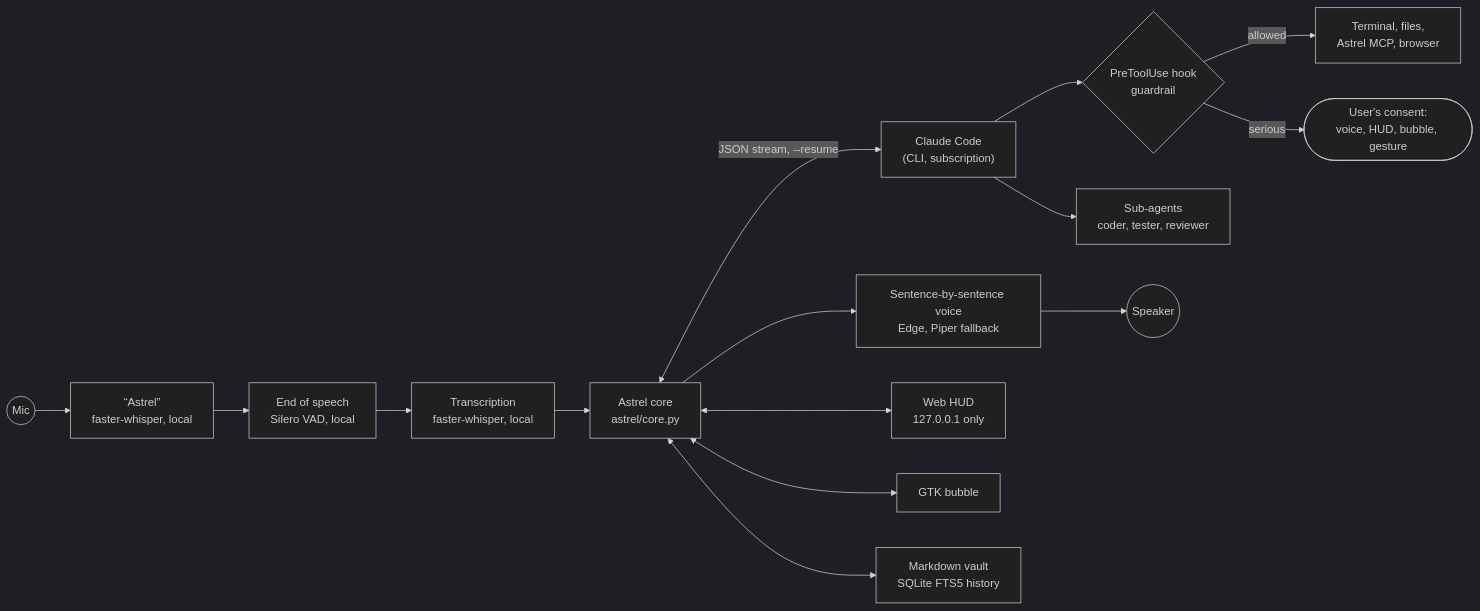
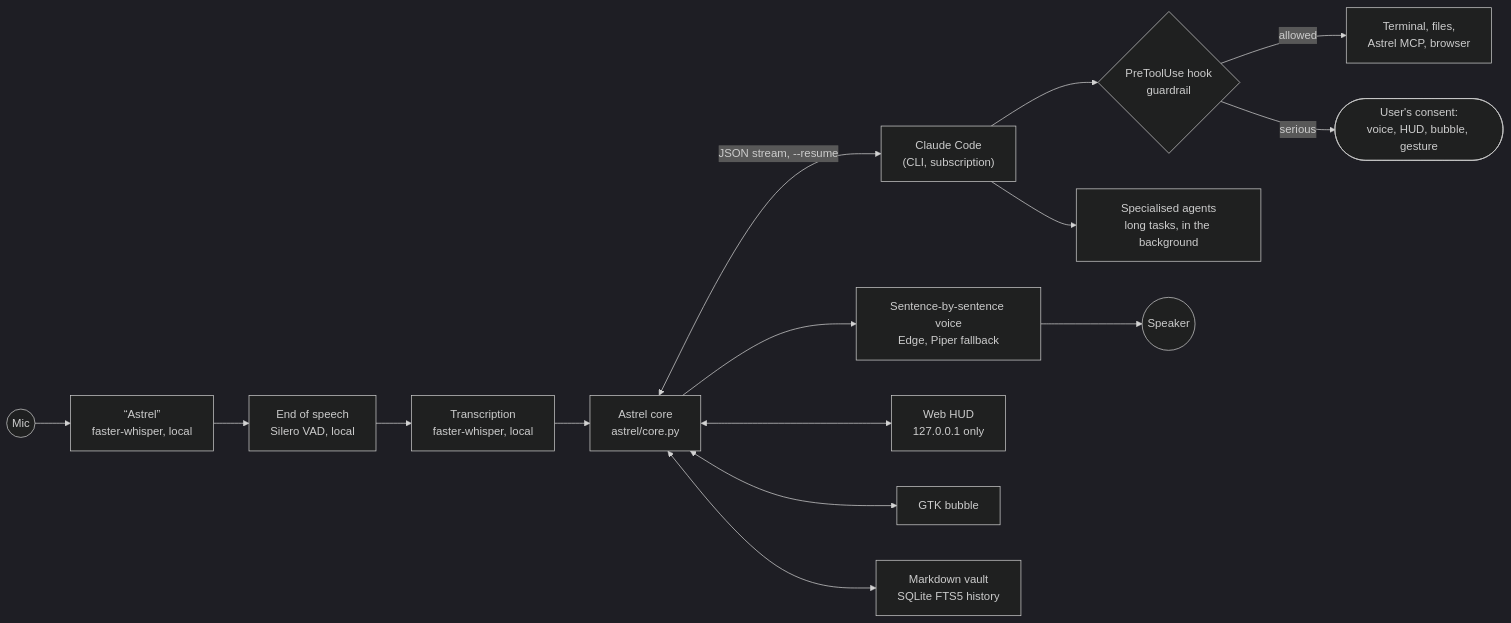
Before and after one commit to Zaudrax/Astrel: the diagram in README.en.md, drawn with Mermaid (dark theme). The commit also changed other lines of this file and 9 other files, not shown here.

````diff
--- a/README.en.md
+++ b/README.en.md
@@ -84,16 +84,16 @@
 ```mermaid
 flowchart LR
     Mic((Mic)) --> Wake["“Astrel”<br/>faster-whisper, local"]
     Wake --> End["End of speech<br/>Silero VAD, local"]
     End --> STT["Transcription<br/>faster-whisper, local"]
     STT --> Core["Astrel core<br/>astrel/core.py"]
     Core <-->|"JSON stream, --resume"| Claude["Claude Code<br/>(CLI, subscription)"]
     Claude --> Hook{"PreToolUse hook<br/>guardrail"}
     Hook -->|allowed| Tools["Terminal, files,<br/>Astrel MCP, browser"]
     Hook -->|serious| Consent(["User's consent:<br/>voice, HUD, bubble, gesture"])
-    Claude --> Agents["Sub-agents<br/>coder, tester, reviewer"]
+    Claude --> Agents["Specialised agents<br/>long tasks, in the background"]
     Core --> Voice["Sentence-by-sentence voice<br/>Edge, Piper fallback"] --> Spk((Speaker))
     Core <--> HUD["Web HUD<br/>127.0.0.1 only"]
     Core <--> Bubble["GTK bubble"]
     Core <--> Memory["Markdown vault<br/>SQLite FTS5 history"]
 ```
````
